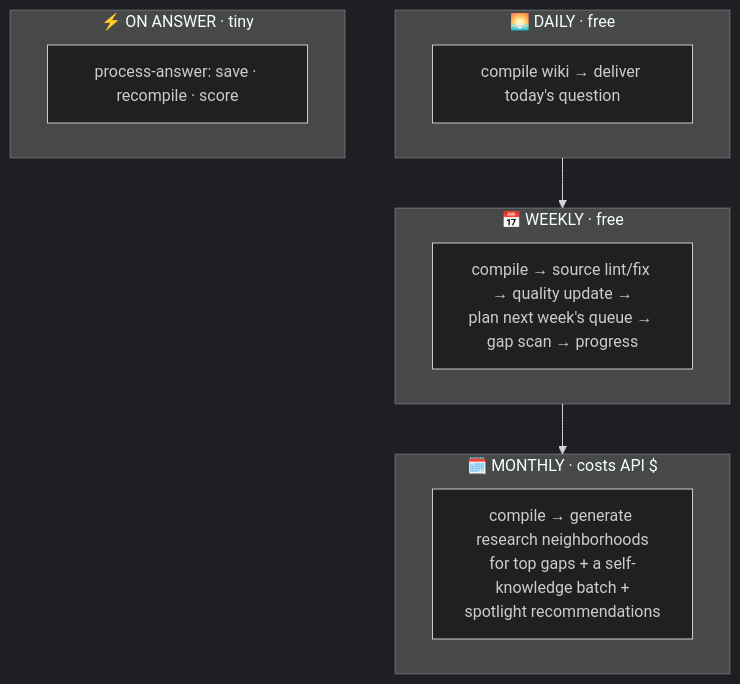
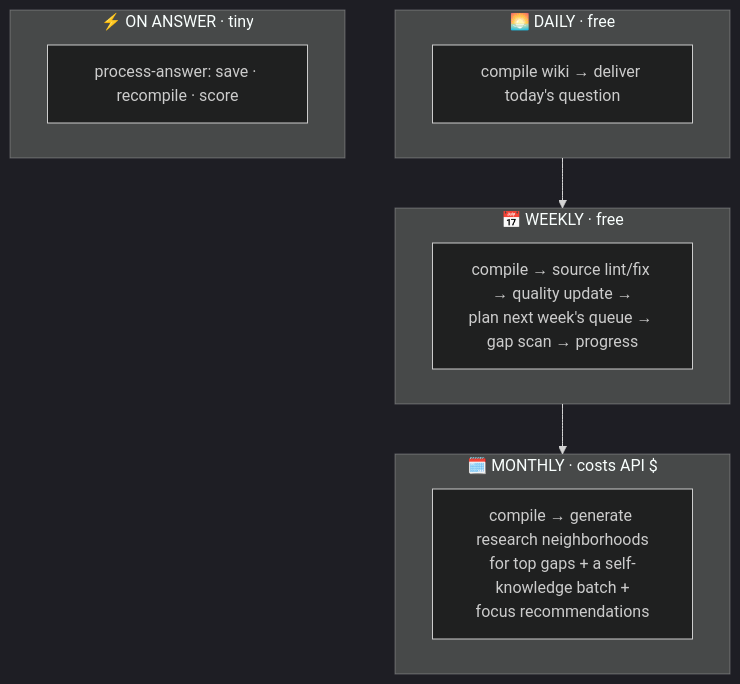
One commit to lifehug/lifehug changed the ninth of 9 diagrams in README.md. Above: the diagram before and after it, drawn with Mermaid (dark theme). The commit also changed other lines of this file and 28 other files, not shown here.

Commit message:
Rename Spotlight terminology to Focus

````diff
--- a/README.md
+++ b/README.md
@@ -301,16 +301,16 @@
 ```mermaid
 flowchart TB
     subgraph d["🌅 DAILY · free"]
         D1["compile wiki → deliver today's question"]
     end
     subgraph w["📅 WEEKLY · free"]
         W1["compile → source lint/fix → quality update →<br/>plan next week's queue → gap scan → progress"]
     end
     subgraph m["🗓️ MONTHLY · costs API $"]
-        M1["compile → generate research neighborhoods<br/>for top gaps + a self-knowledge batch +<br/>spotlight recommendations"]
+        M1["compile → generate research neighborhoods<br/>for top gaps + a self-knowledge batch +<br/>focus recommendations"]
     end
     subgraph e["⚡ ON ANSWER · tiny"]
         E1["process-answer: save · recompile · score"]
     end
     d --> w --> m
 ```
````
